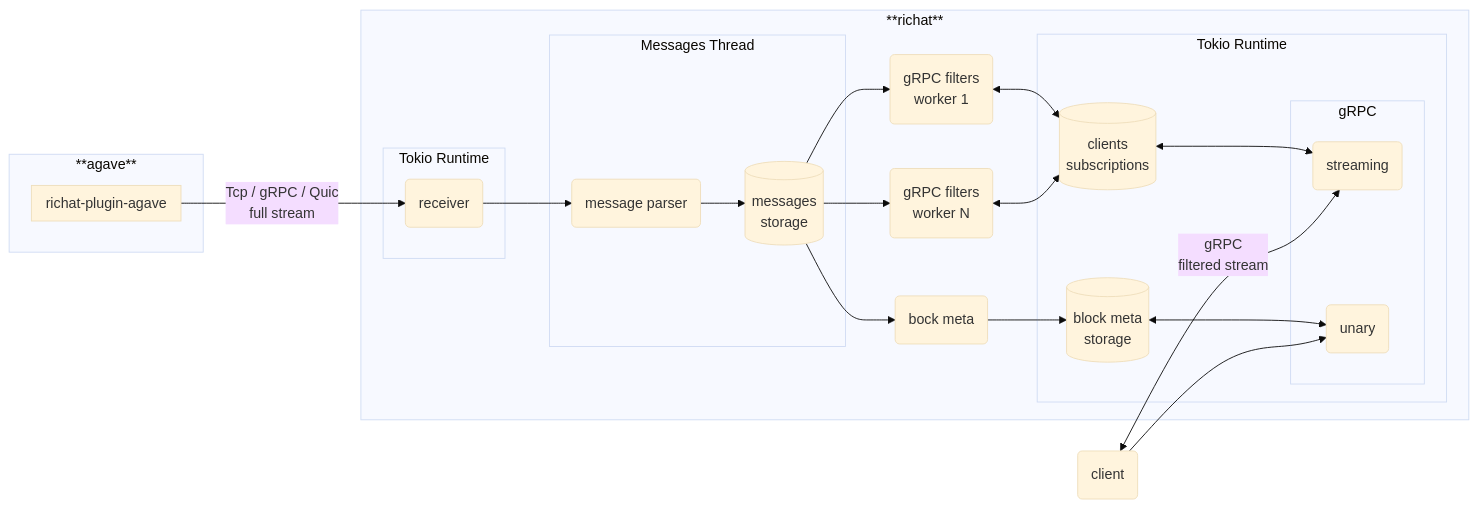
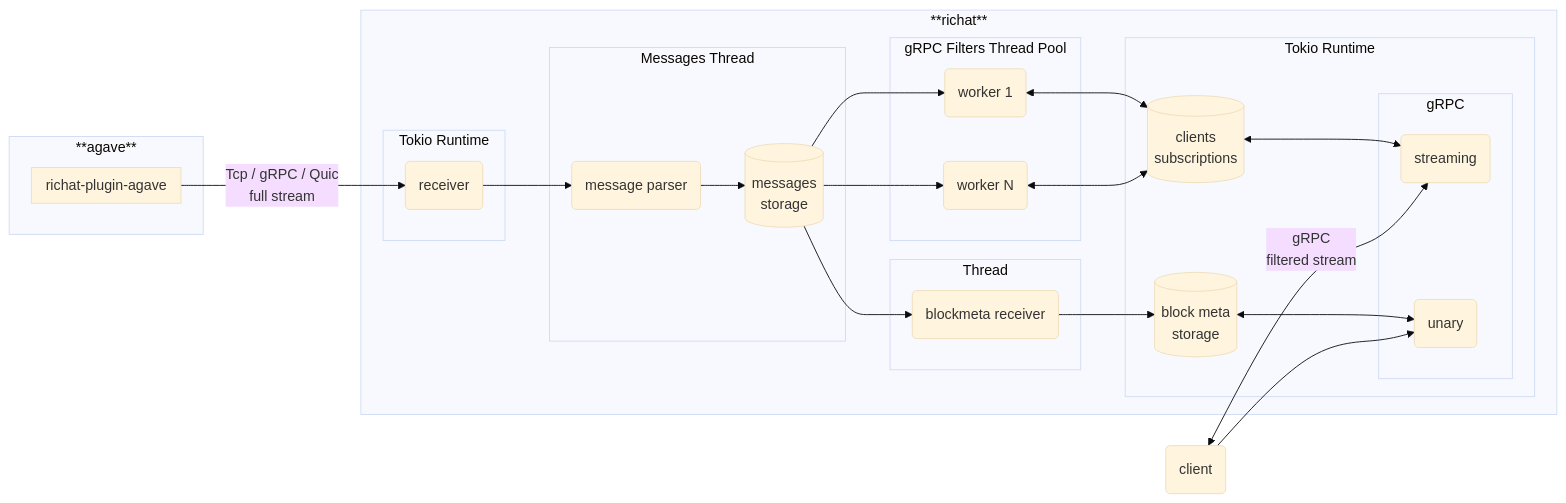
The second of 2 diagrams in README.md (riprsa/richat), drawn with Mermaid (base theme) before and after one commit. The commit also changed other lines of this file and 3 other files, not shown here.

````diff
--- a/README.md
+++ b/README.md
@@ -33,48 +87,53 @@
 ```mermaid
 flowchart LR
     subgraph agave1 [**agave**]
         subgraph geyser1 [richat-plugin-agave]
         end
     end
 
     subgraph richat1 [**richat**]
         subgraph tokio1 [Tokio Runtime]
             richat1_tokio1_receiver(receiver)
         end
 
         subgraph tokio2 [Tokio Runtime]
             subgraph grpc1 [gRPC]
                 richat1_grpc1_streaming1(streaming)
                 richat1_grpc1_unary(unary)
             end
 
             richat1_tokio2_blockmeta[(block meta<br/>storage)]
             richat1_tokio2_grpc1_subscriptions[(clients<br/>subscriptions)]
         end
 
         subgraph messages [Messages Thread]
             richat1_parser(message parser)
             richat1_channel[(messages<br/>storage)]
         end
 
-        richat1_blockmeta(bock meta)
-        richat1_worker1(gRPC filters<br/>worker 1)
-        richat1_worker2(gRPC filters<br/>worker N)
+        subgraph blockmeta_recv [Thread]
+            richat1_blockmeta_recv_thread(blockmeta receiver)
+        end
+
+        subgraph grpc_workers [gRPC Filters Thread Pool]
+            richat1_grpc_worker1(worker 1)
+            richat1_grpc_worker2(worker N)
+        end
     end
 
     client1(client)
 
     geyser1 -->|Tcp / gRPC / Quic<br/>full stream| richat1_tokio1_receiver
     richat1_tokio1_receiver --> richat1_parser
     richat1_parser --> richat1_channel
-    richat1_channel --> richat1_blockmeta
-    richat1_channel --> richat1_worker1
-    richat1_channel --> richat1_worker2
-    richat1_blockmeta --> richat1_tokio2_blockmeta
+    richat1_channel --> richat1_blockmeta_recv_thread
+    richat1_channel --> richat1_grpc_worker1
+    richat1_channel --> richat1_grpc_worker2
+    richat1_blockmeta_recv_thread --> richat1_tokio2_blockmeta
     richat1_tokio2_blockmeta <--> richat1_grpc1_unary
-    richat1_worker1 <--> richat1_tokio2_grpc1_subscriptions
-    richat1_worker2 <--> richat1_tokio2_grpc1_subscriptions
+    richat1_grpc_worker1 <--> richat1_tokio2_grpc1_subscriptions
+    richat1_grpc_worker2 <--> richat1_tokio2_grpc1_subscriptions
     richat1_tokio2_grpc1_subscriptions <--> richat1_grpc1_streaming1
     client1 <--> |gRPC<br/>filtered stream| richat1_grpc1_streaming1
     client1 --> richat1_grpc1_unary
 ```
````
